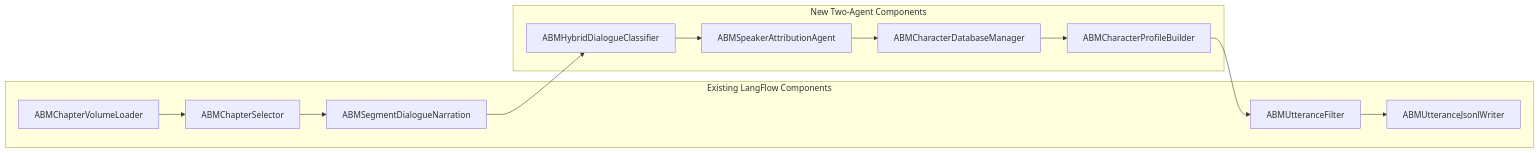
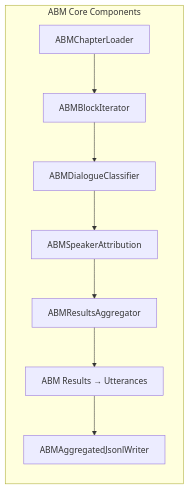
The tenth of 11 diagrams in docs/04-diagrams/architecture/two-agent-system-architecture.md (jwardwell7077/agent-audiobook-maker), drawn with Mermaid before and after one commit. The commit also changed 59 other files, not shown here.

Commit message:
LangFlow components: normalize 0-based indexing and ordering; ChapterLoader slices fixed; DialogueClassifier provider switch; Aggregator deterministic sort; add minimal flow JSON + mermaid; add smoke script; docs tweaks

````diff
--- a/docs/04-diagrams/architecture/two-agent-system-architecture.md
+++ b/docs/04-diagrams/architecture/two-agent-system-architecture.md
@@ -394,26 +394,14 @@
 ```mermaid
 graph LR
-    subgraph "Existing LangFlow Components"
-        A[ABMChapterVolumeLoader]
-        B[ABMChapterSelector]
-        C[ABMSegmentDialogueNarration]
-        D[ABMUtteranceFilter]
-        E[ABMUtteranceJsonlWriter]
+    subgraph "ABM Core Components"
+        A[ABMChapterLoader]
+        B[ABMBlockIterator]
+        C[ABMDialogueClassifier]
+        D[ABMSpeakerAttribution]
+        E[ABMResultsAggregator]
+        F[ABM Results → Utterances]
+        G[ABMAggregatedJsonlWriter]
     end
-    
-    subgraph "New Two-Agent Components"
-        F[ABMHybridDialogueClassifier]
-        G[ABMSpeakerAttributionAgent]
-        H[ABMCharacterDatabaseManager]
-        I[ABMCharacterProfileBuilder]
-    end
-    
-    A --> B
-    B --> C
-    C --> F
-    F --> G
-    G --> H
-    H --> I
-    I --> D
-    D --> E
+
+    A --> B --> C --> D --> E --> F --> G
 ```
````
